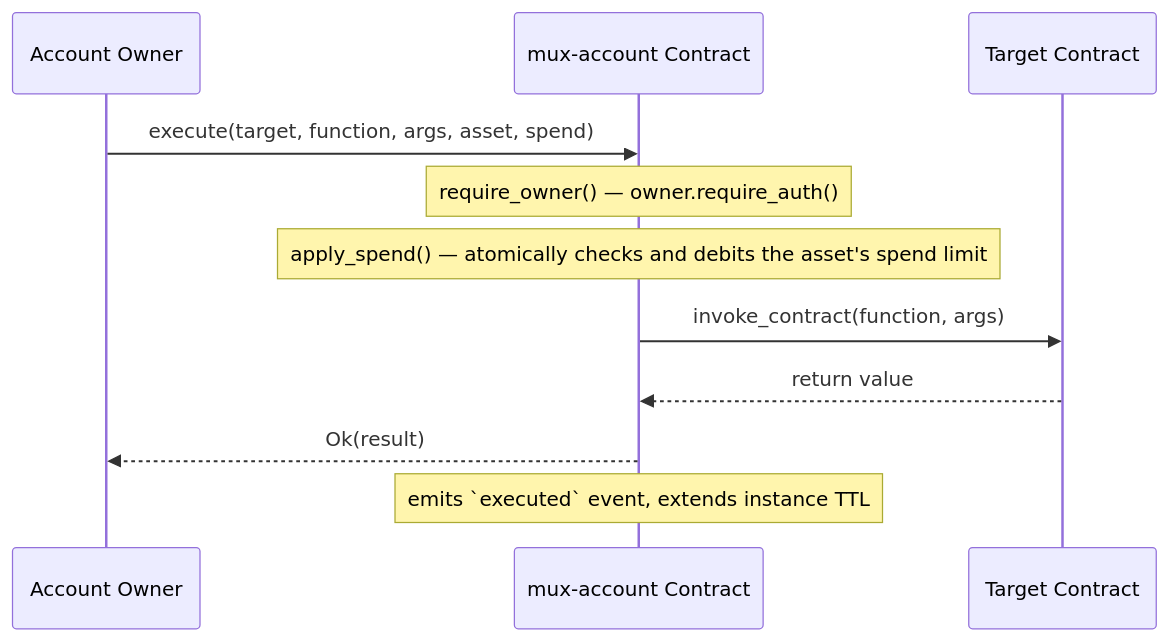
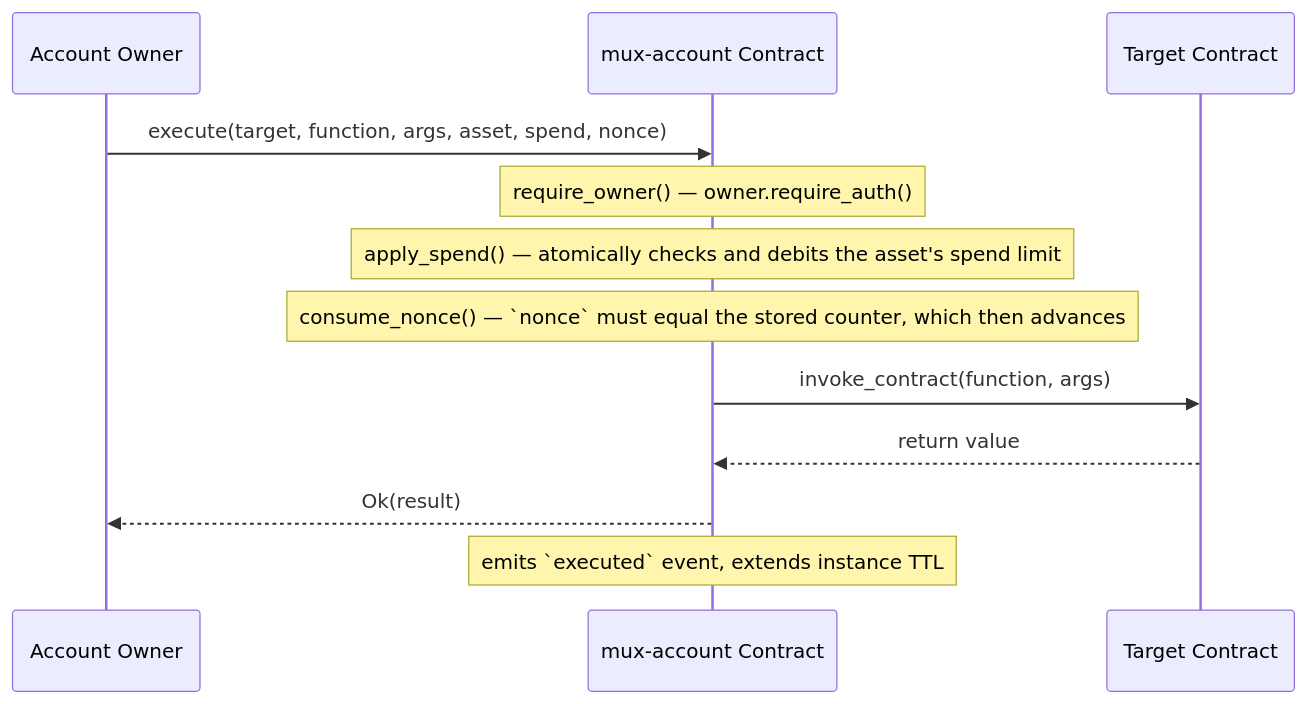
The first of 3 diagrams in docs/aa_sequence_diagram.md (mux-labs/mux-contracts), drawn with Mermaid before and after one commit. The commit also changed other lines of this file and 17 other files, not shown here.

Commit message:
feat: increment and check mux-account nonce

````diff
--- a/docs/aa_sequence_diagram.md
+++ b/docs/aa_sequence_diagram.md
@@ -15,14 +15,15 @@
 ```mermaid
 sequenceDiagram
     participant Owner as Account Owner
     participant Account as mux-account Contract
     participant Target as Target Contract
 
-    Owner->>Account: execute(target, function, args, asset, spend)
+    Owner->>Account: execute(target, function, args, asset, spend, nonce)
     Note over Account: require_owner() — owner.require_auth()
     Note over Account: apply_spend() — atomically checks and debits the asset's spend limit
+    Note over Account: consume_nonce() — `nonce` must equal the stored counter, which then advances
     Account->>Target: invoke_contract(function, args)
     Target-->>Account: return value
     Account-->>Owner: Ok(result)
     Note over Account: emits `executed` event, extends instance TTL
 ```
````
